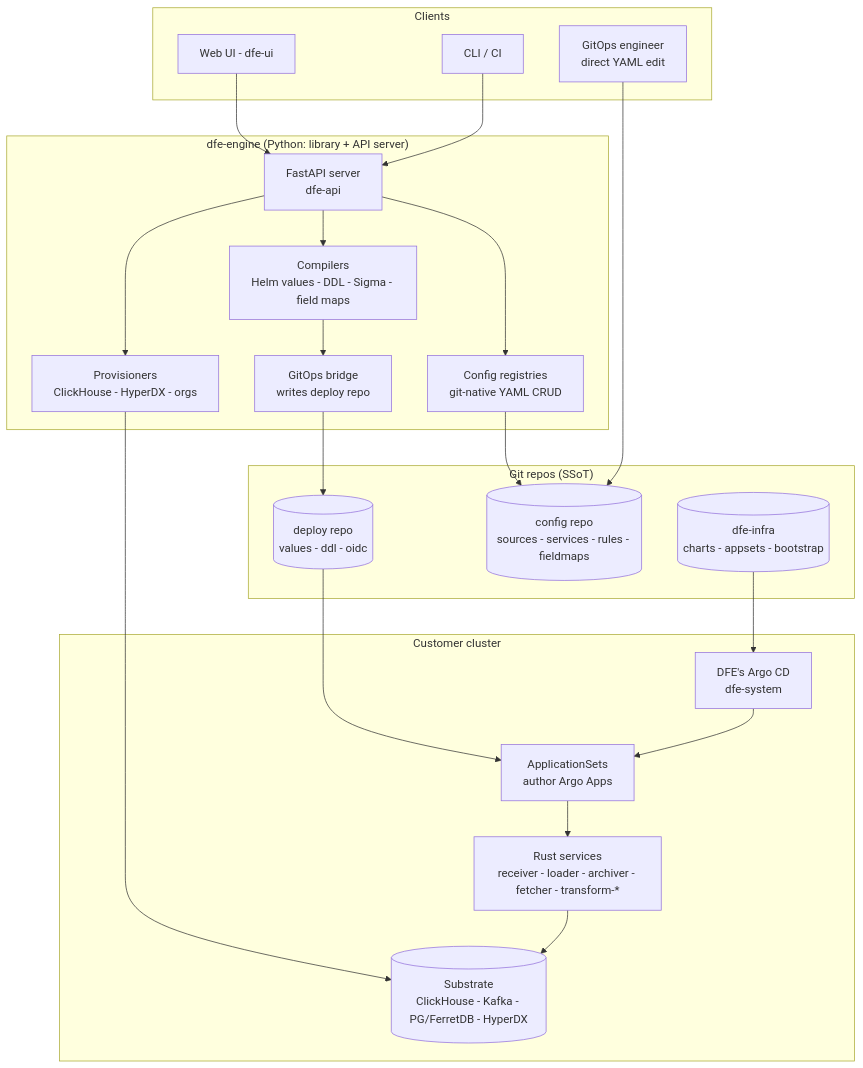
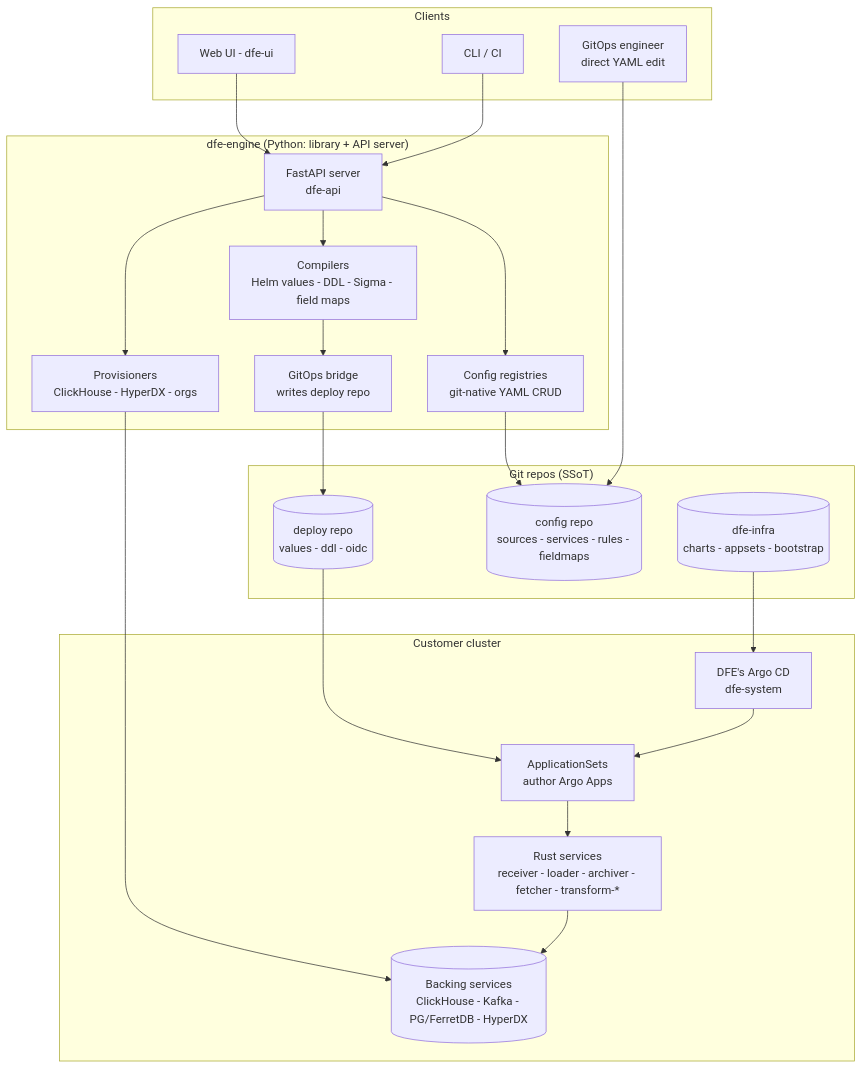
Before and after one commit to hyperi-io/dfe-engine: the second of 5 diagrams in docs/ARCHITECTURE.md, drawn with Mermaid. The commit also changed other lines of this file and 1 other file, not shown here.

First line of the commit message:
docs: backing-services swap matrix + terminology

````diff
--- a/docs/ARCHITECTURE.md
+++ b/docs/ARCHITECTURE.md
@@ -136,40 +136,40 @@
 ```mermaid
 graph TB
     subgraph clients["Clients"]
         UI[Web UI - dfe-ui]
         CLIu[CLI / CI]
         GIT[GitOps engineer<br/>direct YAML edit]
     end
 
     subgraph engine["dfe-engine (Python: library + API server)"]
         API[FastAPI server<br/>dfe-api]
         REG[Config registries<br/>git-native YAML CRUD]
         COMP[Compilers<br/>Helm values - DDL - Sigma - field maps]
         BRIDGE[GitOps bridge<br/>writes deploy repo]
         PROV[Provisioners<br/>ClickHouse - HyperDX - orgs]
     end
 
     subgraph repos["Git repos (SSoT)"]
         CONFIG[(config repo<br/>sources - services - rules - fieldmaps)]
         DEPLOY[(deploy repo<br/>values - ddl - oidc)]
         INFRA[(dfe-infra<br/>charts - appsets - bootstrap)]
     end
 
     subgraph cluster["Customer cluster"]
         ARGO[DFE's Argo CD<br/>dfe-system]
         APPSETS[ApplicationSets<br/>author Argo Apps]
         RUST[Rust services<br/>receiver - loader - archiver - fetcher - transform-*]
-        SUB[(Substrate<br/>ClickHouse - Kafka - PG/FerretDB - HyperDX)]
+        SUB[(Backing services<br/>ClickHouse - Kafka - PG/FerretDB - HyperDX)]
     end
 
     UI --> API
     CLIu --> API
     GIT --> CONFIG
     API --> REG --> CONFIG
     API --> COMP --> BRIDGE --> DEPLOY
     API --> PROV --> SUB
     INFRA --> ARGO --> APPSETS
     DEPLOY --> APPSETS
     APPSETS --> RUST
     RUST --> SUB
 ```
````
